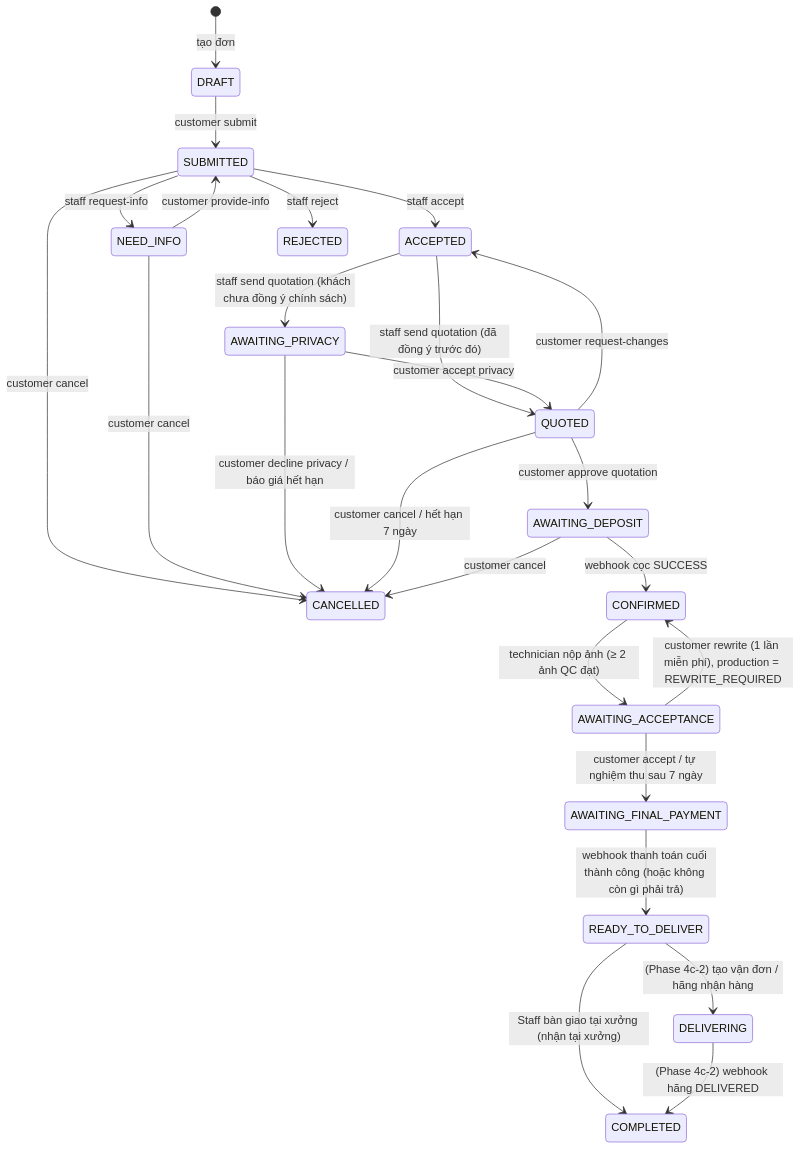
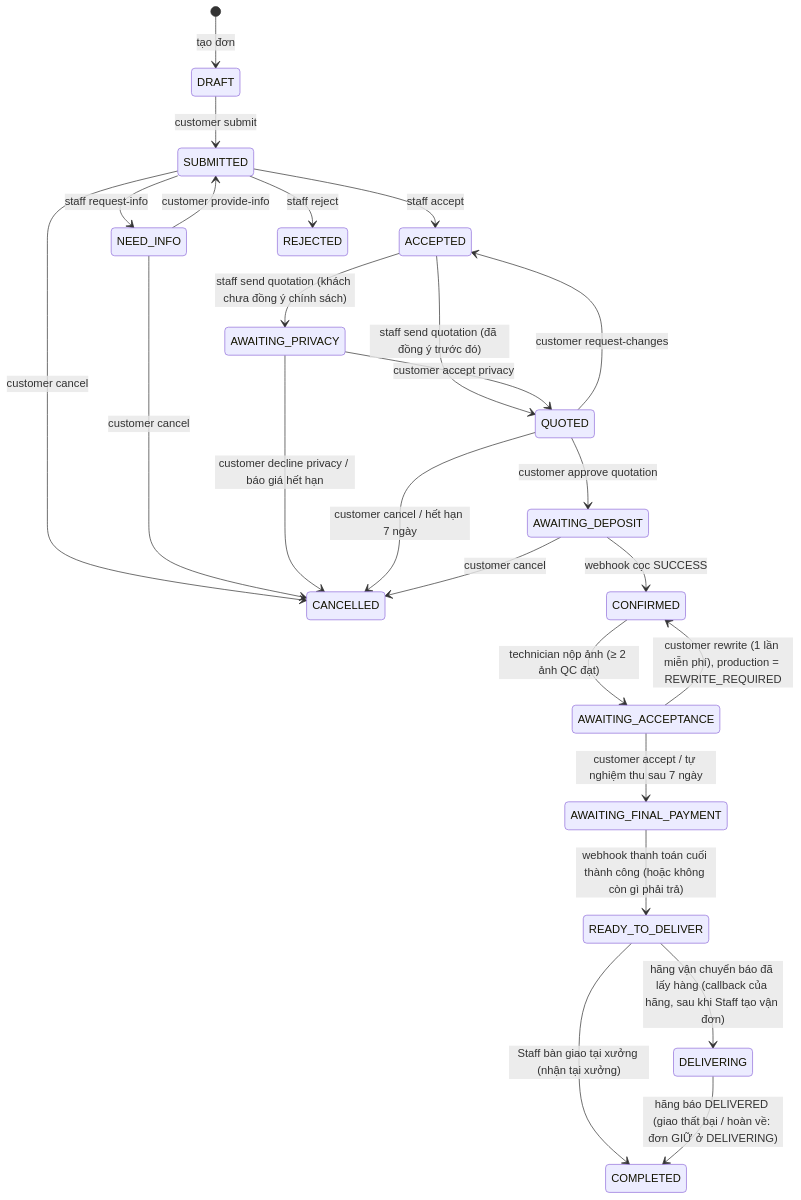
One commit to Khoa-213/AI-VHRS changed the diagram in BE/docs/FE_API_GUIDE.md. Above: the diagram before and after it, drawn with Mermaid. The commit also changed other lines of this file and 39 other files, not shown here.

````diff
--- a/BE/docs/FE_API_GUIDE.md
+++ b/BE/docs/FE_API_GUIDE.md
@@ -93,27 +93,27 @@
 ```mermaid
 stateDiagram-v2
   [*] --> DRAFT: tạo đơn
   DRAFT --> SUBMITTED: customer submit
   SUBMITTED --> ACCEPTED: staff accept
   SUBMITTED --> NEED_INFO: staff request-info
   SUBMITTED --> REJECTED: staff reject
   NEED_INFO --> SUBMITTED: customer provide-info
   SUBMITTED --> CANCELLED: customer cancel
   NEED_INFO --> CANCELLED: customer cancel
   ACCEPTED --> AWAITING_PRIVACY: staff send quotation (khách chưa đồng ý chính sách)
   ACCEPTED --> QUOTED: staff send quotation (đã đồng ý trước đó)
   AWAITING_PRIVACY --> QUOTED: customer accept privacy
   AWAITING_PRIVACY --> CANCELLED: customer decline privacy / báo giá hết hạn
   QUOTED --> ACCEPTED: customer request-changes
   QUOTED --> AWAITING_DEPOSIT: customer approve quotation
   QUOTED --> CANCELLED: customer cancel / hết hạn 7 ngày
   AWAITING_DEPOSIT --> CONFIRMED: webhook cọc SUCCESS
   AWAITING_DEPOSIT --> CANCELLED: customer cancel
   CONFIRMED --> AWAITING_ACCEPTANCE: technician nộp ảnh (≥ 2 ảnh QC đạt)
   AWAITING_ACCEPTANCE --> AWAITING_FINAL_PAYMENT: customer accept / tự nghiệm thu sau 7 ngày
   AWAITING_ACCEPTANCE --> CONFIRMED: customer rewrite (1 lần miễn phí), production = REWRITE_REQUIRED
   AWAITING_FINAL_PAYMENT --> READY_TO_DELIVER: webhook thanh toán cuối thành công (hoặc không còn gì phải trả)
   READY_TO_DELIVER --> COMPLETED: Staff bàn giao tại xưởng (nhận tại xưởng)
-  READY_TO_DELIVER --> DELIVERING: (Phase 4c-2) tạo vận đơn / hãng nhận hàng
-  DELIVERING --> COMPLETED: (Phase 4c-2) webhook hãng DELIVERED
+  READY_TO_DELIVER --> DELIVERING: hãng vận chuyển báo đã lấy hàng (callback của hãng, sau khi Staff tạo vận đơn)
+  DELIVERING --> COMPLETED: hãng báo DELIVERED (giao thất bại / hoàn về: đơn GIỮ ở DELIVERING)
 ```
````
